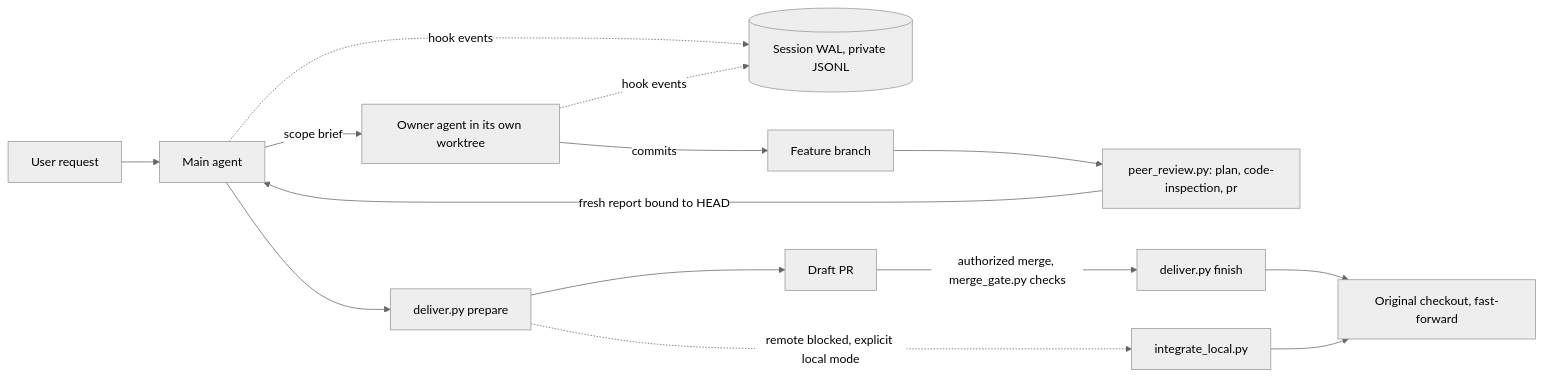
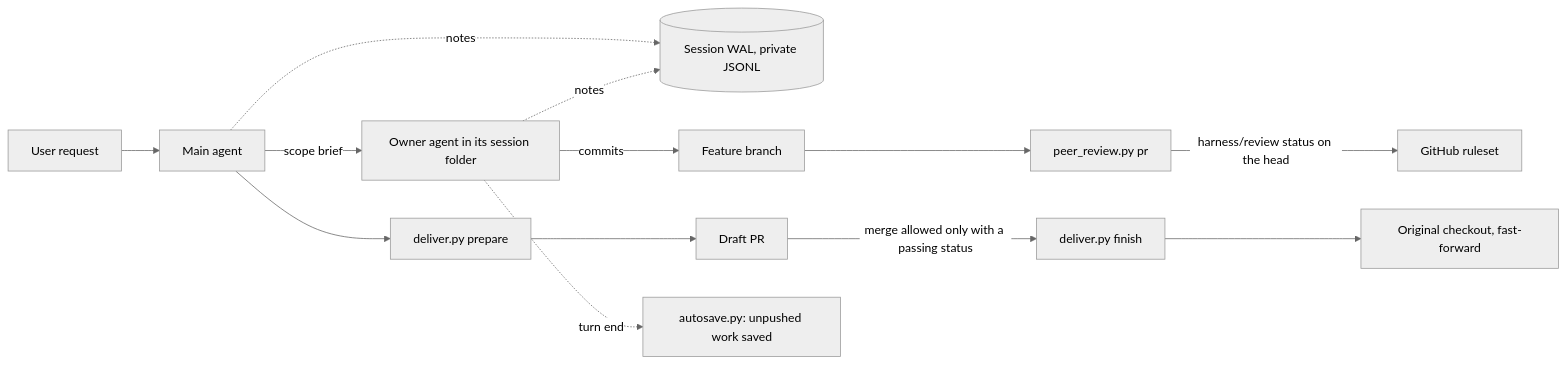
One commit to ericmacdougall/agent-harness changed the diagram in docs/architecture.md. Above: the diagram before and after it, drawn with Mermaid (neutral theme). The commit also changed other lines of this file and 59 other files, not shown here.

````diff
--- a/docs/architecture.md
+++ b/docs/architecture.md
@@ -20,16 +20,15 @@
 ```mermaid
 flowchart LR
     U[User request] --> M[Main agent]
-    M -- scope brief --> O[Owner agent in its own worktree]
-    M -. hook events .-> W[(Session WAL, private JSONL)]
-    O -. hook events .-> W
+    M -- scope brief --> O[Owner agent in its session folder]
+    M -. notes .-> W[(Session WAL, private JSONL)]
+    O -. notes .-> W
     O -- commits --> G[Feature branch]
-    G --> R[peer_review.py: plan, code-inspection, pr]
-    R -- fresh report bound to HEAD --> M
+    G --> R[peer_review.py pr]
+    R -- harness/review status on the head --> GH[GitHub ruleset]
     M --> D[deliver.py prepare]
     D --> P[Draft PR]
-    P -- authorized merge, merge_gate.py checks --> F[deliver.py finish]
+    P -- merge allowed only with a passing status --> F[deliver.py finish]
     F --> C[Original checkout, fast-forward]
-    D -. remote blocked, explicit local mode .-> L[integrate_local.py]
-    L --> C
+    O -. turn end .-> S[autosave.py: unpushed work saved]
 ```
````
